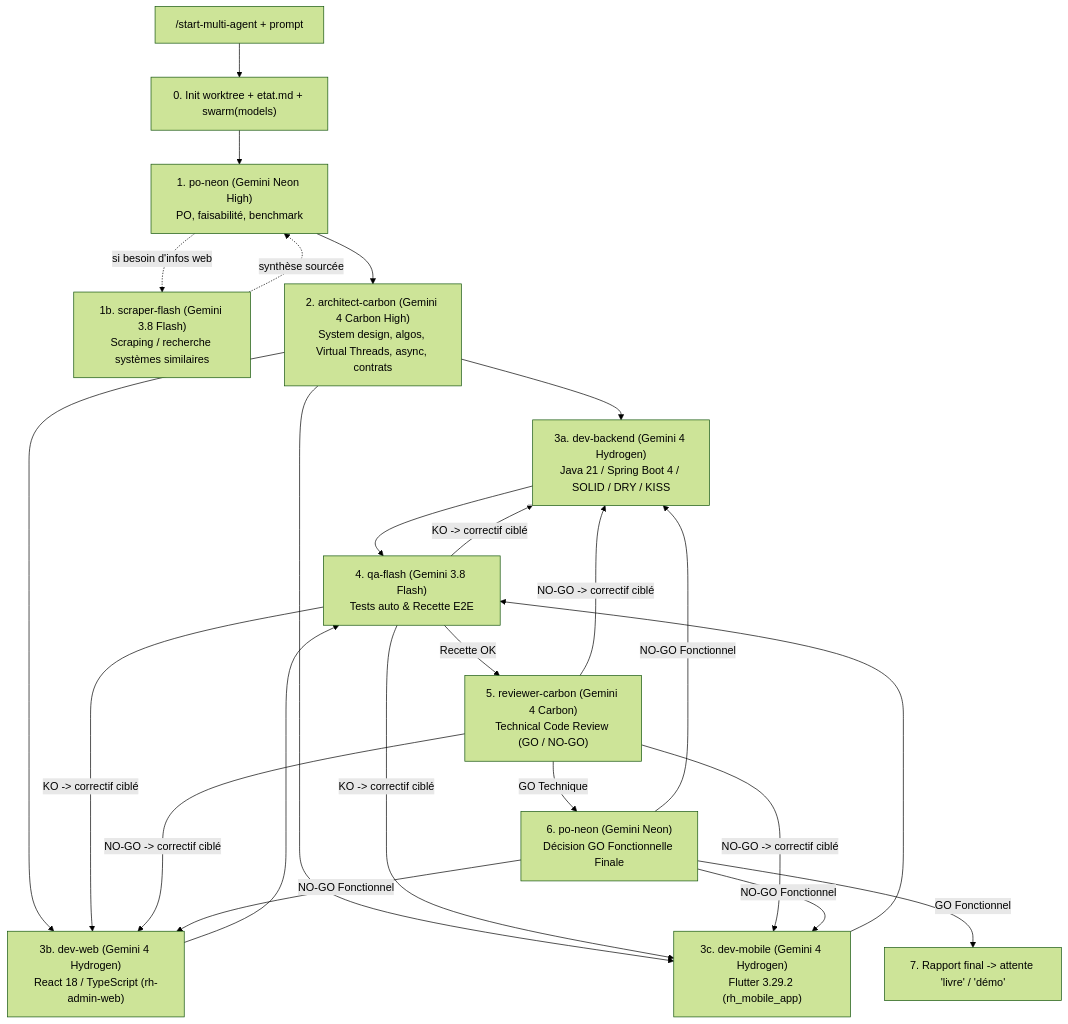
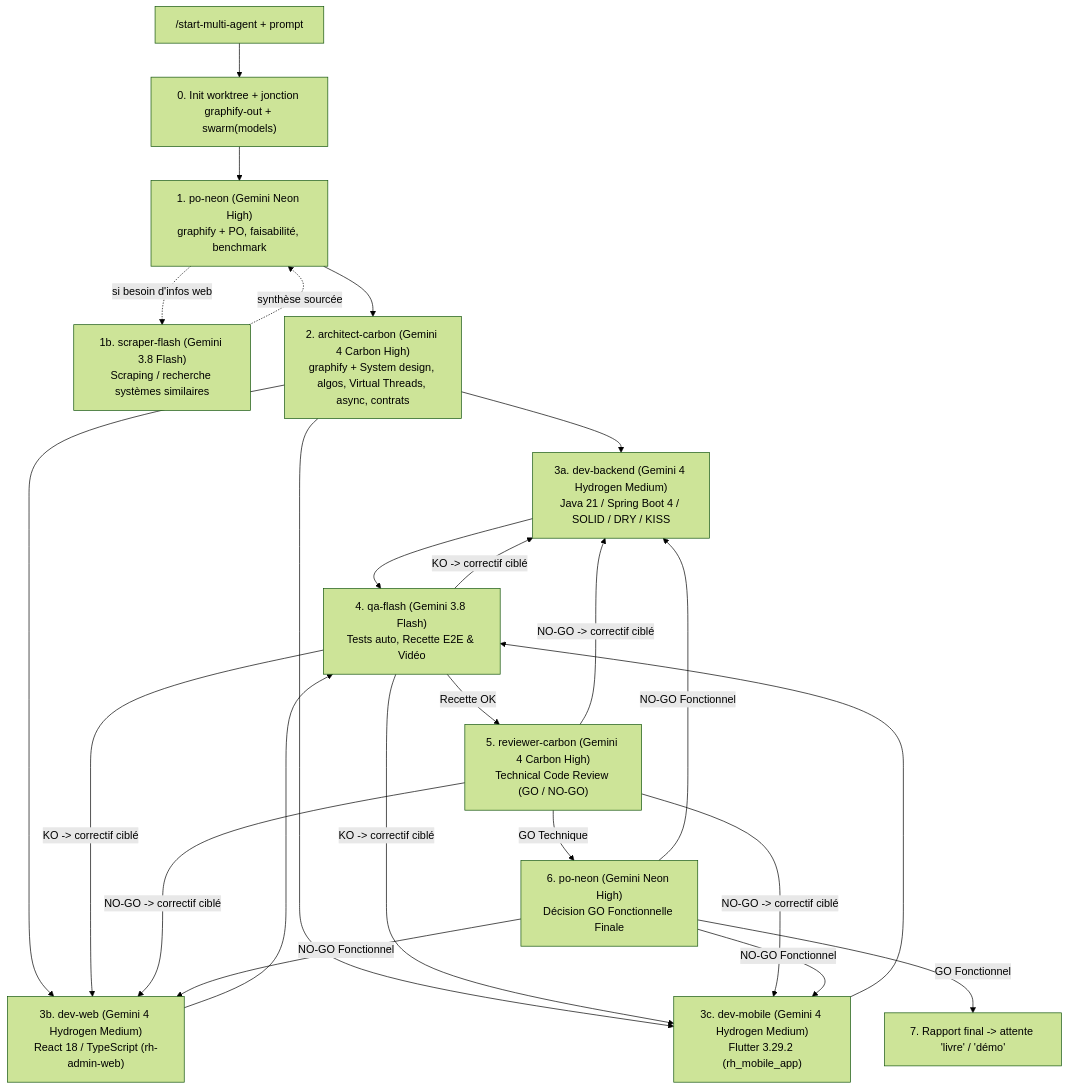
The diagram in .agents/skills/start-multi-agent/SKILL.md (khaledmejbri/RH_Plateform), drawn with Mermaid (forest theme) before and after one commit. The commit also changed other lines of this file, not shown here.

Commit message:
chore(agents): imposer graphify et hydrogen medium dans /start-multi-agent

````diff
--- a/.agents/skills/start-multi-agent/SKILL.md
+++ b/.agents/skills/start-multi-agent/SKILL.md
@@ -36,18 +55,18 @@
 ```mermaid
 flowchart TD
-    U["/start-multi-agent + prompt"] --> S0["0. Init worktree + etat.md + swarm(models)"]
-    S0 --> PO["1. po-neon (Gemini Neon High)<br/>PO, faisabilité, benchmark"]
+    U["/start-multi-agent + prompt"] --> S0["0. Init worktree + jonction graphify-out + swarm(models)"]
+    S0 --> PO["1. po-neon (Gemini Neon High)<br/>graphify + PO, faisabilité, benchmark"]
     PO -. "si besoin d'infos web" .-> SCRAP["1b. scraper-flash (Gemini 3.8 Flash)<br/>Scraping / recherche systèmes similaires"]
     SCRAP -. "synthèse sourcée" .-> PO
-    PO --> ARC["2. architect-carbon (Gemini 4 Carbon High)<br/>System design, algos, Virtual Threads, async, contrats"]
-    ARC --> B["3a. dev-backend (Gemini 4 Hydrogen)<br/>Java 21 / Spring Boot 4 / SOLID / DRY / KISS"]
-    ARC --> W["3b. dev-web (Gemini 4 Hydrogen)<br/>React 18 / TypeScript (rh-admin-web)"]
-    ARC --> M["3c. dev-mobile (Gemini 4 Hydrogen)<br/>Flutter 3.29.2 (rh_mobile_app)"]
-    B & W & M --> QA["4. qa-flash (Gemini 3.8 Flash)<br/>Tests auto & Recette E2E"]
+    PO --> ARC["2. architect-carbon (Gemini 4 Carbon High)<br/>graphify + System design, algos, Virtual Threads, async, contrats"]
+    ARC --> B["3a. dev-backend (Gemini 4 Hydrogen Medium)<br/>Java 21 / Spring Boot 4 / SOLID / DRY / KISS"]
+    ARC --> W["3b. dev-web (Gemini 4 Hydrogen Medium)<br/>React 18 / TypeScript (rh-admin-web)"]
+    ARC --> M["3c. dev-mobile (Gemini 4 Hydrogen Medium)<br/>Flutter 3.29.2 (rh_mobile_app)"]
+    B & W & M --> QA["4. qa-flash (Gemini 3.8 Flash)<br/>Tests auto, Recette E2E & Vidéo"]
     QA -- "KO -> correctif ciblé" --> B & W & M
-    QA -- "Recette OK" --> REV["5. reviewer-carbon (Gemini 4 Carbon)<br/>Technical Code Review (GO / NO-GO)"]
+    QA -- "Recette OK" --> REV["5. reviewer-carbon (Gemini 4 Carbon High)<br/>Technical Code Review (GO / NO-GO)"]
     REV -- "NO-GO -> correctif ciblé" --> B & W & M
-    REV -- "GO Technique" --> GO["6. po-neon (Gemini Neon)<br/>Décision GO Fonctionnelle Finale"]
+    REV -- "GO Technique" --> GO["6. po-neon (Gemini Neon High)<br/>Décision GO Fonctionnelle Finale"]
     GO -- "NO-GO Fonctionnel" --> B & W & M
     GO -- "GO Fonctionnel" --> FIN["7. Rapport final -> attente 'livre' / 'démo'"]
 ```
````
